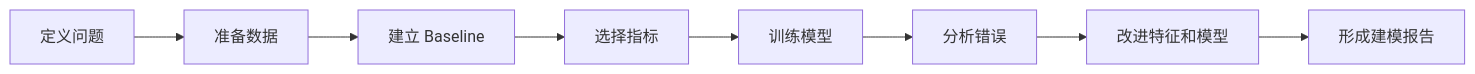
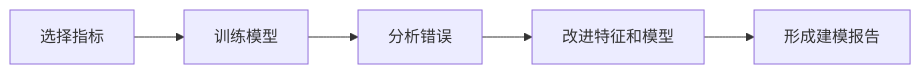
The second of 4 diagrams in docs/stage4/index.md (oudbiao/AI-fullstack-course), drawn with Mermaid before and after one commit. The commit also changed other lines of this file and 139 other files, not shown here.

````diff
--- a/docs/stage4/index.md
+++ b/docs/stage4/index.md
@@ -18,10 +25,7 @@
 ```mermaid
 flowchart LR
-  A[定义问题] --> B[准备数据]
-  B --> C[建立 Baseline]
-  C --> D[选择指标]
-  D --> E[训练模型]
+  D[选择指标] --> E[训练模型]
   E --> F[分析错误]
   F --> G[改进特征和模型]
   G --> H[形成建模报告]
 ```
````
